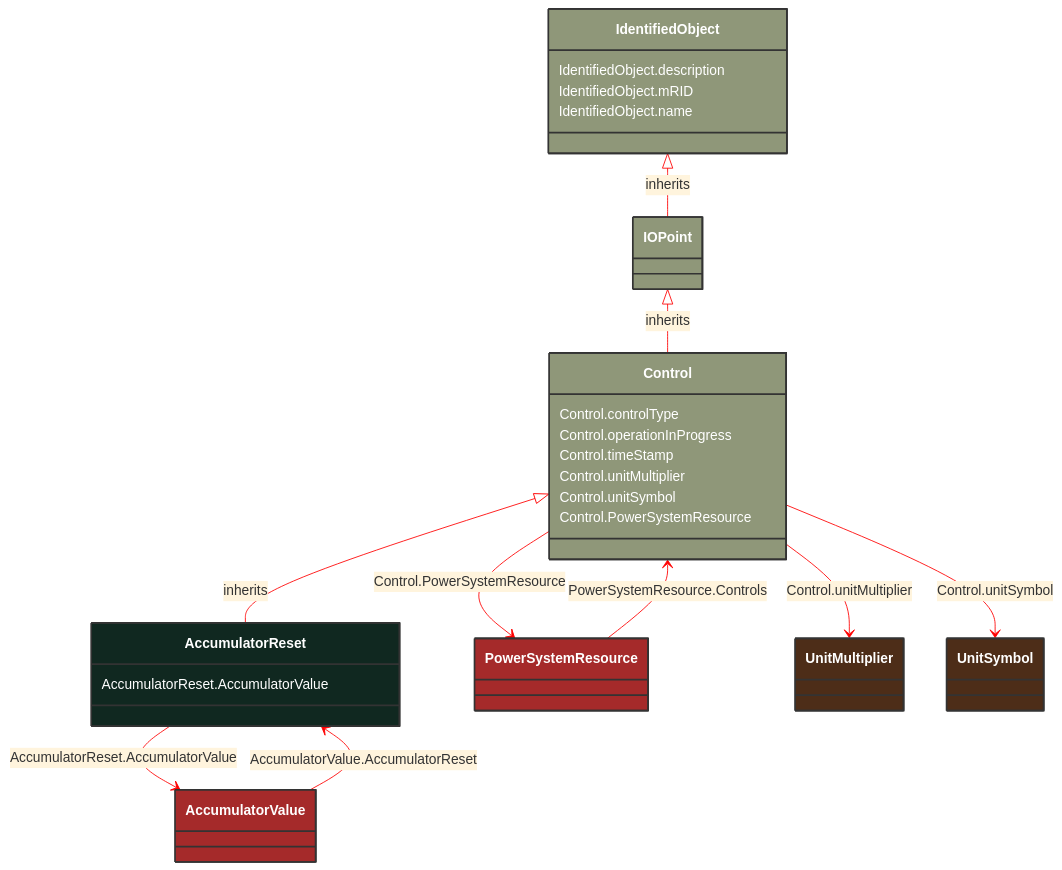
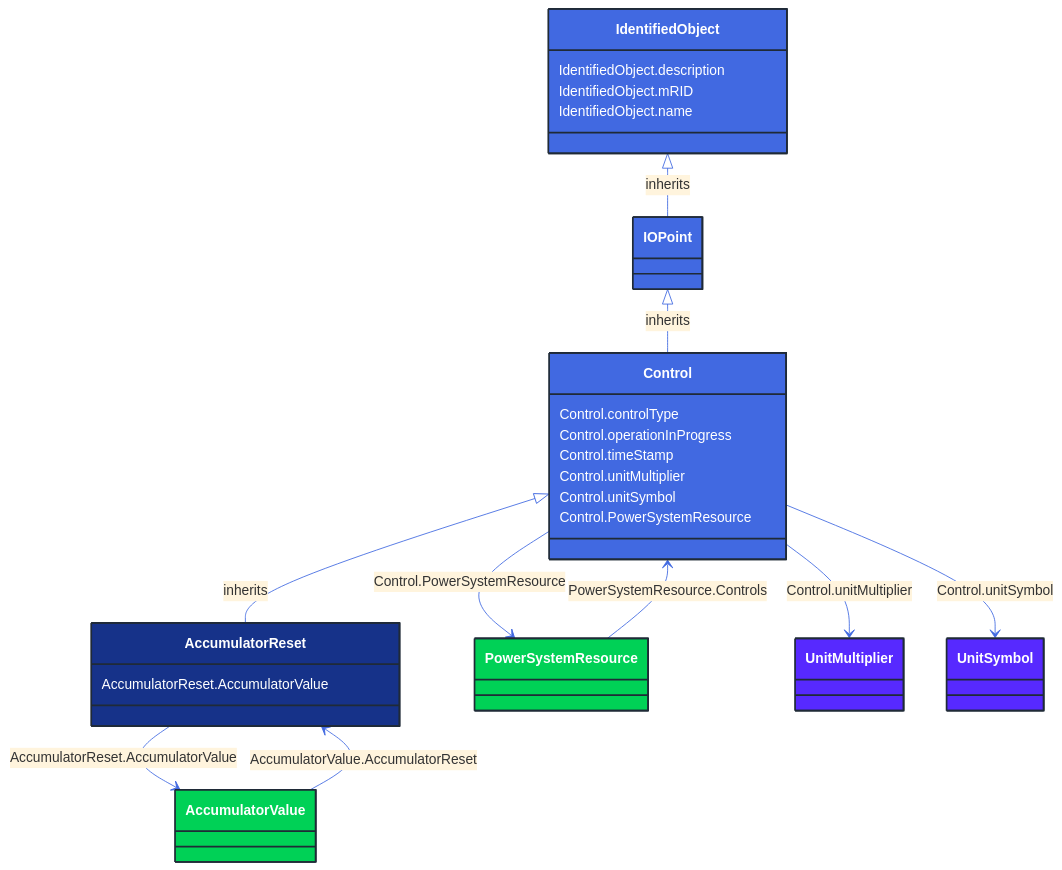
Before and after one commit to 3lbits/NoCIMExtensions: the diagram in docs/Models/Profiles/Operation/ConcreteClasses/AccumulatorReset.md, drawn with Mermaid. The commit also changed 362 other files, not shown here.

First line of the commit message:
Update diagrams and styles for improved visual consistency

````diff
--- a/docs/Models/Profiles/Operation/ConcreteClasses/AccumulatorReset.md
+++ b/docs/Models/Profiles/Operation/ConcreteClasses/AccumulatorReset.md
@@ -8,64 +8,64 @@
 ```mermaid
-%%{init: {'theme':'base','themeVariables': {'lineColor': '#FF0000'}}}%%
+%%{init: {'theme':'base','themeVariables': {'lineColor': '#4169E1'}}}%%
 classDiagram
     class AccumulatorReset
     click AccumulatorReset href "/Models/Profiles/Operation/ConcreteClasses/AccumulatorReset/"
-    style AccumulatorReset fill:#102820,stroke:#333,stroke-width:2px,rx:10,ry:10,color:white
+    style AccumulatorReset fill:#163289,stroke:#1F2A37,stroke-width:2px,rx:10,ry:10,color:white
      
         Control <|-- AccumulatorReset : inherits
             click Control href "/Models/Profiles/Operation/AbstractClasses/Control/"
-            style Control fill:#8F9779,stroke:#333,stroke-width:2px,rx:10,ry:10,color:white
+            style Control fill:#4169E1,stroke:#1F2A37,stroke-width:2px,rx:10,ry:10,color:white
      
         IOPoint <|-- Control : inherits
             click IOPoint href "/Models/Profiles/Operation/AbstractClasses/IOPoint/"
-            style IOPoint fill:#8F9779,stroke:#333,stroke-width:2px,rx:10,ry:10,color:white
+            style IOPoint fill:#4169E1,stroke:#1F2A37,stroke-width:2px,rx:10,ry:10,color:white
      
         IdentifiedObject <|-- IOPoint : inherits
             click IdentifiedObject href "/Models/Profiles/Operation/AbstractClasses/IdentifiedObject/"
-            style IdentifiedObject fill:#8F9779,stroke:#333,stroke-width:2px,rx:10,ry:10,color:white
+            style IdentifiedObject fill:#4169E1,stroke:#1F2A37,stroke-width:2px,rx:10,ry:10,color:white
 
         AccumulatorReset --> AccumulatorValue : AccumulatorReset.AccumulatorValue
 
         AccumulatorValue
             click AccumulatorValue href "/Models/Profiles/Operation/ConcreteClasses/AccumulatorValue/"
-            style AccumulatorValue fill:#A52A2A,stroke:#333,stroke-width:2px,rx:10,ry:10,color:white
+            style AccumulatorValue fill:#00D156,stroke:#1F2A37,stroke-width:2px,rx:10,ry:10,color:white
         Control --> PowerSystemResource : Control.PowerSystemResource
 
         PowerSystemResource
             click PowerSystemResource href "/Models/Profiles/Operation/AbstractClasses/PowerSystemResource/"
-            style PowerSystemResource fill:#A52A2A,stroke:#333,stroke-width:2px,rx:10,ry:10,color:white
+            style PowerSystemResource fill:#00D156,stroke:#1F2A37,stroke-width:2px,rx:10,ry:10,color:white
 
         AccumulatorValue --> AccumulatorReset : AccumulatorValue.AccumulatorReset
 
         AccumulatorValue
             click AccumulatorValue href "/Models/Profiles/Operation/ConcreteClasses/AccumulatorValue/"
-            style AccumulatorValue fill:#A52A2A,stroke:#333,stroke-width:2px,rx:10,ry:10,color:white
+            style AccumulatorValue fill:#00D156,stroke:#1F2A37,stroke-width:2px,rx:10,ry:10,color:white
 
         PowerSystemResource --> Control : PowerSystemResource.Controls
 
         PowerSystemResource
             click PowerSystemResource href "/Models/Profiles/Operation/AbstractClasses/PowerSystemResource/"
-            style PowerSystemResource fill:#A52A2A,stroke:#333,stroke-width:2px,rx:10,ry:10,color:white
+            style PowerSystemResource fill:#00D156,stroke:#1F2A37,stroke-width:2px,rx:10,ry:10,color:white
 
         Control --> UnitMultiplier : Control.unitMultiplier
 
         UnitMultiplier
             click UnitMultiplier href "/Models/Profiles/Operation/Enumerations/UnitMultiplier/"
-            style UnitMultiplier fill:#4D2D18,stroke:#333,stroke-width:2px,rx:10,ry:10,color:white
+            style UnitMultiplier fill:#5729FF,stroke:#1F2A37,stroke-width:2px,rx:10,ry:10,color:white
         Control --> UnitSymbol : Control.unitSymbol
 
         UnitSymbol
             click UnitSymbol href "/Models/Profiles/Operation/Enumerations/UnitSymbol/"
-            style UnitSymbol fill:#4D2D18,stroke:#333,stroke-width:2px,rx:10,ry:10,color:white
+            style UnitSymbol fill:#5729FF,stroke:#1F2A37,stroke-width:2px,rx:10,ry:10,color:white
 
         AccumulatorReset : AccumulatorReset.AccumulatorValue
         Control : Control.controlType
         Control : Control.operationInProgress
         Control : Control.timeStamp
         Control : Control.unitMultiplier
         Control : Control.unitSymbol
         Control : Control.PowerSystemResource
         IdentifiedObject : IdentifiedObject.description
         IdentifiedObject : IdentifiedObject.mRID
         IdentifiedObject : IdentifiedObject.name
 ```
````
